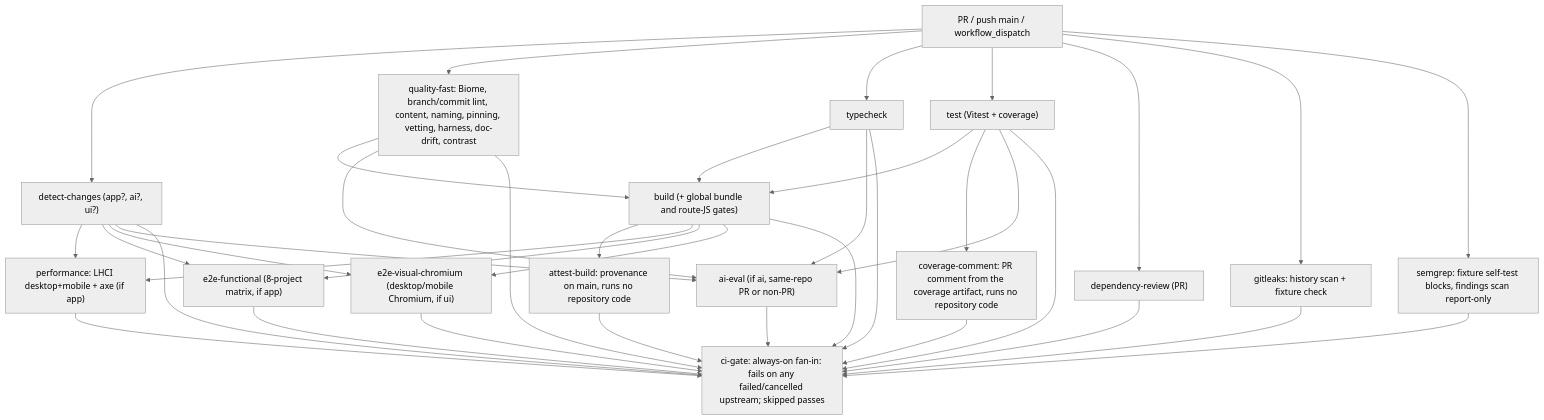
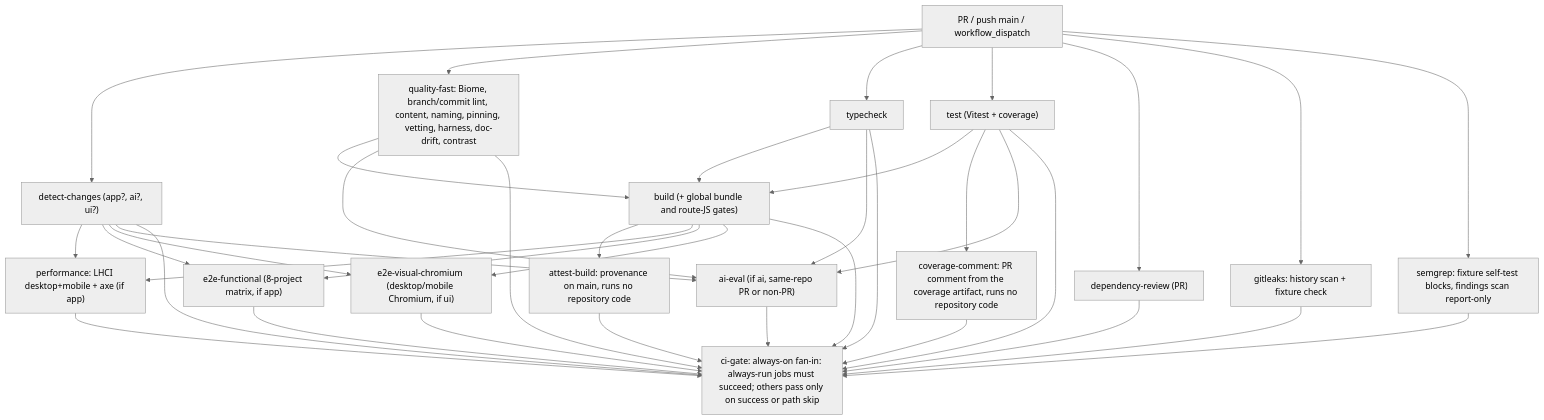
Before and after one commit to erikunha/portfolio: the third of 5 diagrams in docs/07-workflows.md, drawn with Mermaid (neutral theme). The commit also changed 6 other files, not shown here.

````diff
--- a/docs/07-workflows.md
+++ b/docs/07-workflows.md
@@ -144,40 +144,40 @@
 ```mermaid
 flowchart TD
     pr["PR / push main / workflow_dispatch"] --> dc["detect-changes (app?, ai?, ui?)"]
     pr --> qf["quality-fast: Biome, branch/commit lint, content, naming, pinning, vetting, harness, doc-drift, contrast"]
     pr --> tc["typecheck"]
     pr --> t["test (Vitest + coverage)"]
     pr --> dr["dependency-review (PR)"]
     qf --> b["build (+ global bundle and route-JS gates)"]
     tc --> b
     t --> b
     b --> at["attest-build: provenance on main, runs no repository code"]
     t --> cc["coverage-comment: PR comment from the coverage artifact, runs no repository code"]
     b --> perf["performance: LHCI desktop+mobile + axe (if app)"]
     b --> e2e["e2e-functional (8-project matrix, if app)"]
     b --> vis["e2e-visual-chromium (desktop/mobile Chromium, if ui)"]
     dc --> perf
     dc --> e2e
     dc --> vis
     dc --> ev["ai-eval (if ai, same-repo PR or non-PR)"]
     qf --> ev
     tc --> ev
     t --> ev
     pr --> secrets["gitleaks: history scan + fixture check"]
     secrets --> gate
     pr --> semgrep["semgrep: fixture self-test blocks, findings scan report-only"]
     semgrep --> gate
     dc --> gate
     qf --> gate
     tc --> gate
     t --> gate
     dr --> gate
     b --> gate
     at --> gate
     cc --> gate
     perf --> gate
     e2e --> gate
     vis --> gate
     ev --> gate
-    gate["ci-gate: always-on fan-in: fails on any failed/cancelled upstream; skipped passes"]
+    gate["ci-gate: always-on fan-in: always-run jobs must succeed; others pass only on success or path skip"]
 ```
````
